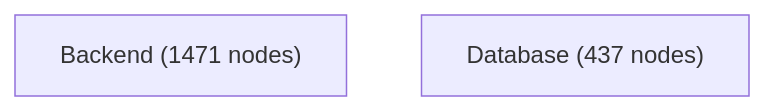
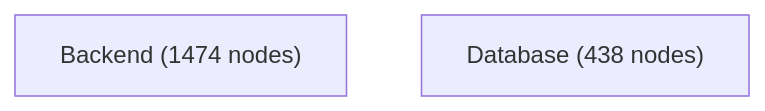
The diagram in docs/architecture-analysis/views/containers.mmd (jankneumann/agentic-coding-tools), drawn with Mermaid before and after one commit. The commit also changed 12 other files, not shown here.

First line of the commit message:
chore(architecture): refresh the committed analysis artifacts against main

```diff
--- a/docs/architecture-analysis/views/containers.mmd
+++ b/docs/architecture-analysis/views/containers.mmd
@@ -1,3 +1,3 @@
 flowchart TB
-    Backend["Backend (1471 nodes)"]
-    Database["Database (437 nodes)"]
+    Backend["Backend (1474 nodes)"]
+    Database["Database (438 nodes)"]
```
